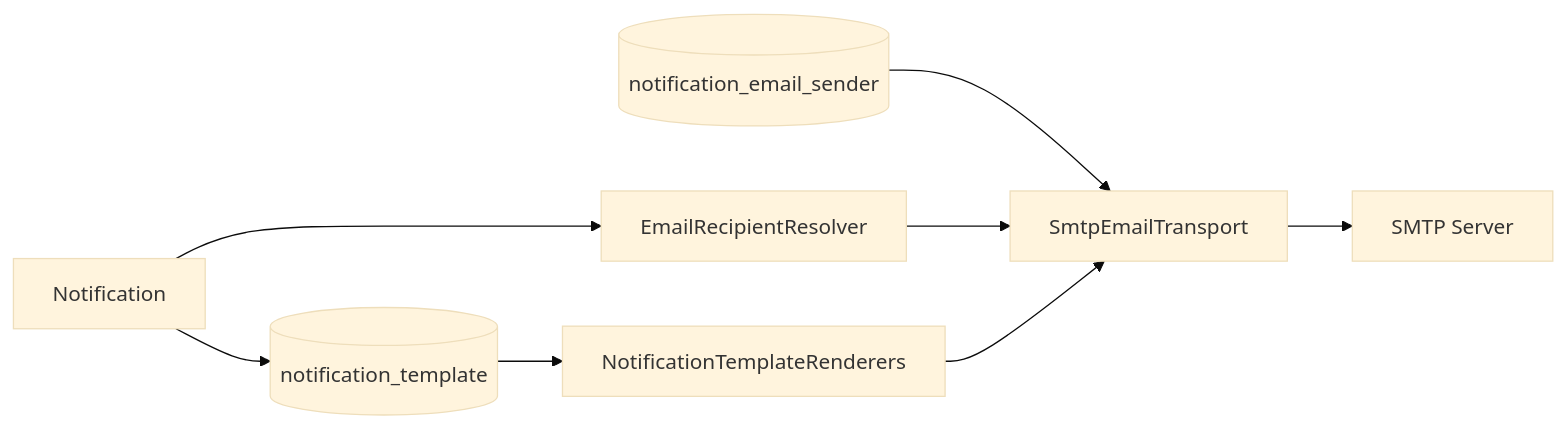
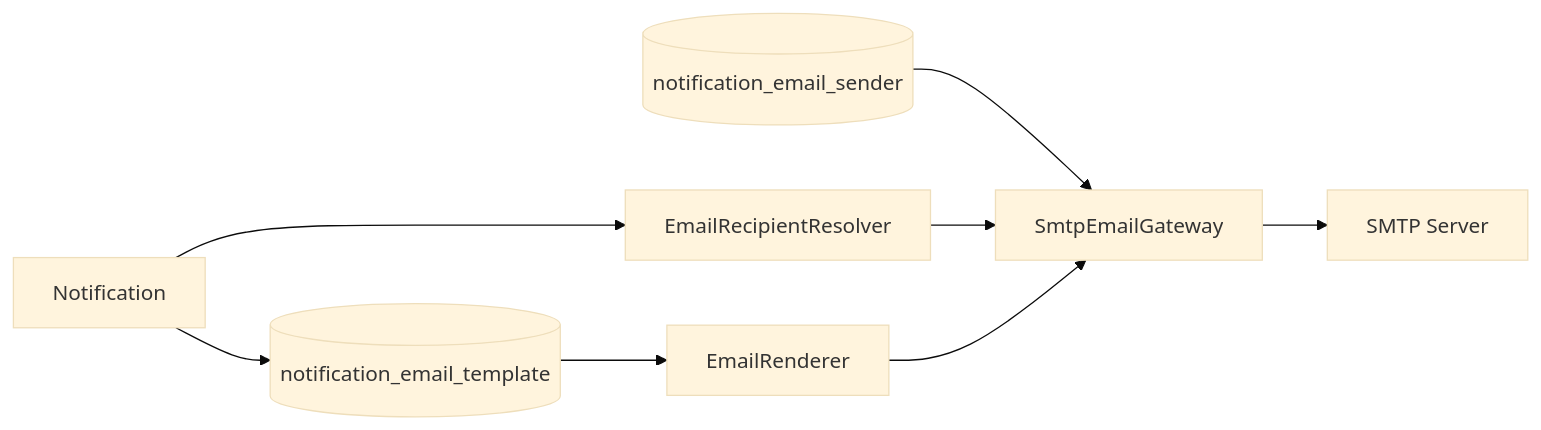
One commit to SH-XiaoXiu/sca4d-j changed the third of 3 diagrams in docs/tutorials/messaging-and-notification.md. Above: the diagram before and after it, drawn with Mermaid (base theme). The commit also changed other lines of this file and 301 other files, not shown here.

````diff
--- a/docs/tutorials/messaging-and-notification.md
+++ b/docs/tutorials/messaging-and-notification.md
@@ -332,16 +332,16 @@
 ```mermaid
 flowchart LR
     Notification[Notification]
     Resolver[EmailRecipientResolver]
-    Template[(notification_template)]
+    Template[(notification_email_template)]
     Sender[(notification_email_sender)]
-    Renderer[NotificationTemplateRenderers]
-    Transport[SmtpEmailTransport]
+    Renderer[EmailRenderer]
+    Transport[SmtpEmailGateway]
     Server[SMTP Server]
 
     Notification --> Resolver
     Notification --> Template --> Renderer
     Sender --> Transport
     Resolver --> Transport
     Renderer --> Transport --> Server
 ```
````
